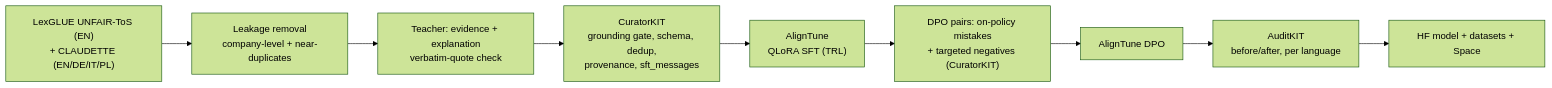
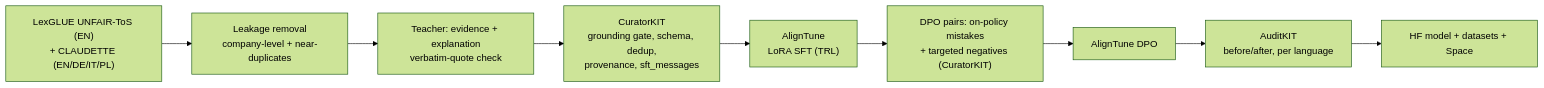
The diagram in README.md (mukeshkbj/Smallprint), drawn with Mermaid (forest theme) before and after one commit. The commit also changed other lines of this file and 2 other files, not shown here.

First line of the commit message:
Fill in the results: base vs SFT from full run 1

````diff
--- a/README.md
+++ b/README.md
@@ -38,11 +50,11 @@
 ```mermaid
 flowchart LR
   A["LexGLUE UNFAIR-ToS (EN)<br/>+ CLAUDETTE (EN/DE/IT/PL)"] --> B["Leakage removal<br/>company-level + near-duplicates"]
   B --> C["Teacher: evidence + explanation<br/>verbatim-quote check"]
   C --> D["CuratorKIT<br/>grounding gate, schema, dedup,<br/>provenance, sft_messages"]
-  D --> E["AlignTune<br/>QLoRA SFT (TRL)"]
+  D --> E["AlignTune<br/>LoRA SFT (TRL)"]
   E --> F["DPO pairs: on-policy mistakes<br/>+ targeted negatives (CuratorKIT)"]
   F --> G["AlignTune DPO"]
   G --> H["AuditKIT<br/>before/after, per language"]
   H --> I["HF model + datasets + Space"]
 ```
````
